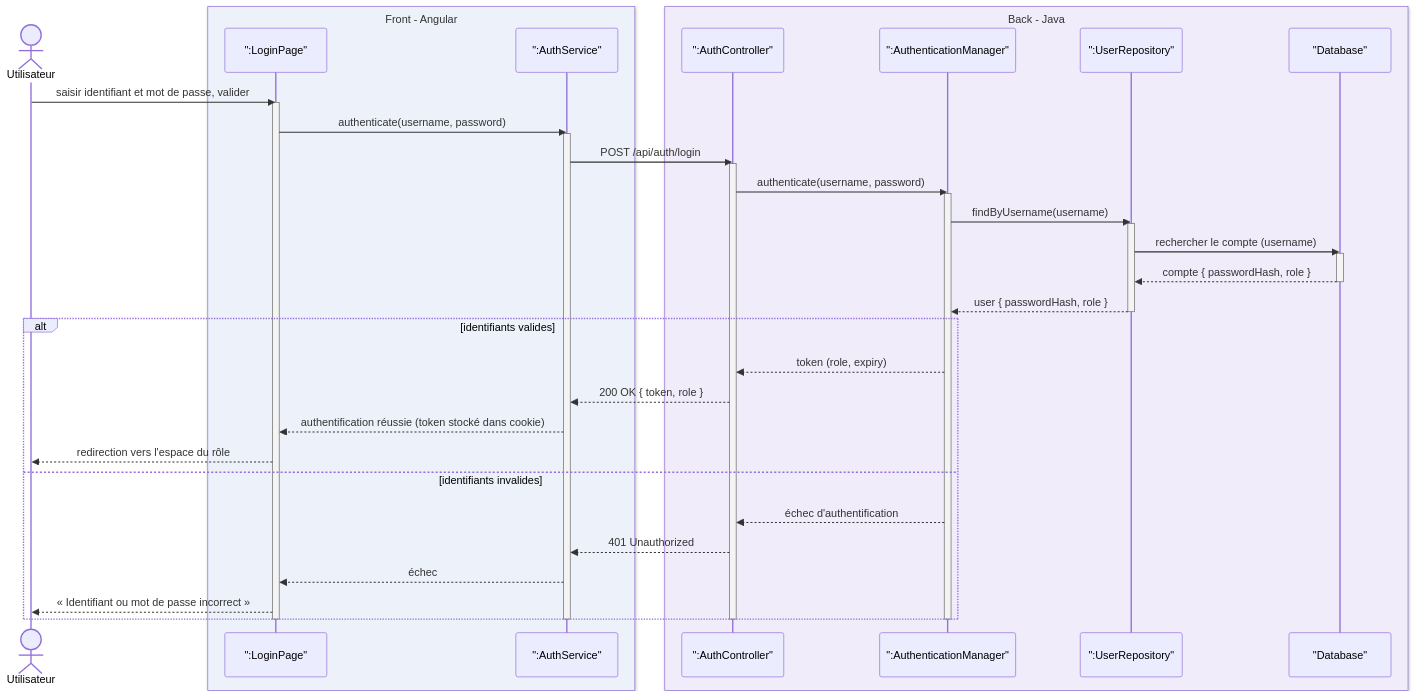
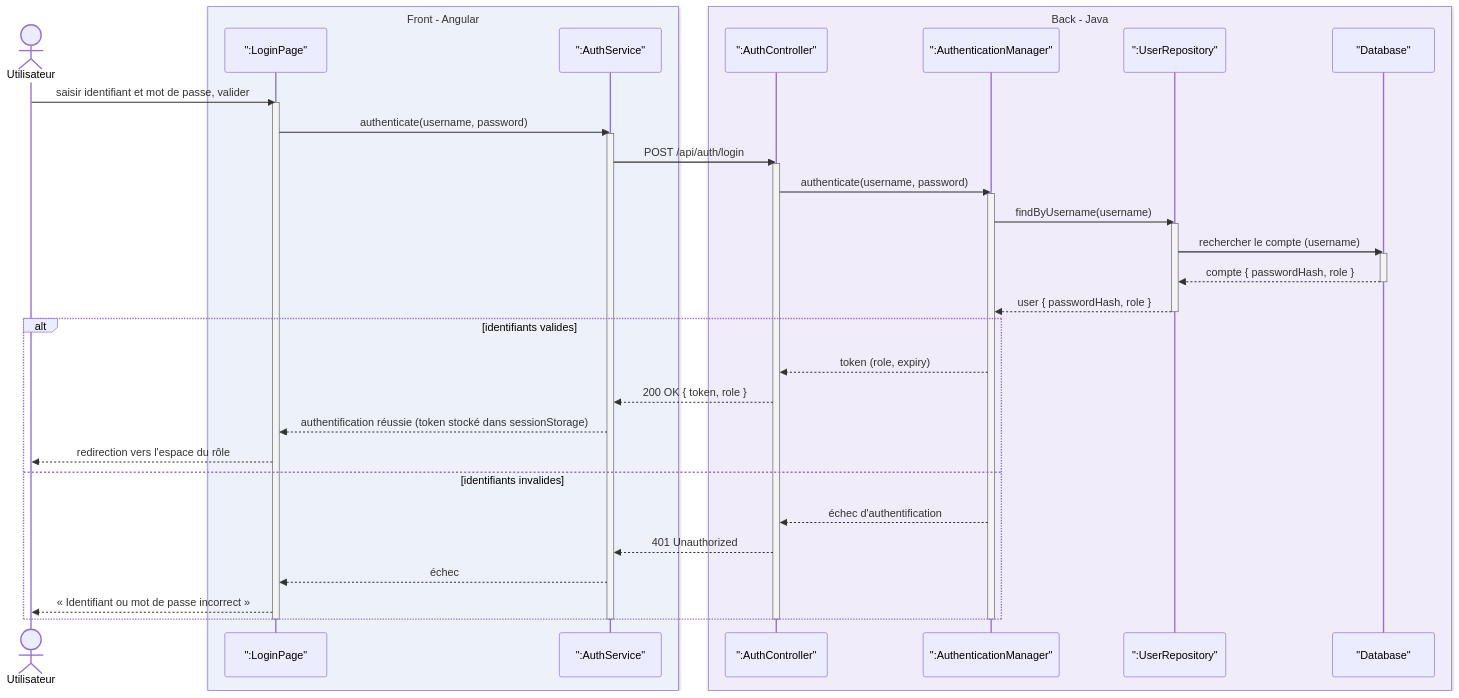
Before and after one commit to formavenir-cda/FormaGest: the diagram in docs/diagrams/sequence-diagram-login.md, drawn with Mermaid. The commit also changed 2 other files, not shown here.

Commit message:
✅ Create authentification test

````diff
--- a/docs/diagrams/sequence-diagram-login.md
+++ b/docs/diagrams/sequence-diagram-login.md
@@ -3,48 +3,48 @@
 ```mermaid
 sequenceDiagram
     actor User as Utilisateur
     box rgb(237,242,250) Front - Angular
     participant LP as ":LoginPage"
     participant AS as ":AuthService"
     end
     box rgb(240,236,250) Back - Java
     participant AC as ":AuthController"
     participant AM as ":AuthenticationManager"
     participant UR as ":UserRepository"
     participant DB as "Database"
     end
 
     User->>LP: saisir identifiant et mot de passe, valider
     activate LP
     LP->>AS: authenticate(username, password)
     activate AS
     AS->>AC: POST /api/auth/login
     activate AC
     AC->>AM: authenticate(username, password)
     activate AM
     AM->>UR: findByUsername(username)
     activate UR
     UR->>DB: rechercher le compte (username)
     activate DB
     DB-->>UR: compte { passwordHash, role }
     deactivate DB
     UR-->>AM: user { passwordHash, role }
     deactivate UR
 
     alt identifiants valides
         AM-->>AC: token (role, expiry)
         AC-->>AS: 200 OK { token, role }
-        AS-->>LP: authentification réussie (token stocké dans cookie)
+        AS-->>LP: authentification réussie (token stocké dans sessionStorage)
         LP-->>User: redirection vers l'espace du rôle
     else identifiants invalides
         AM-->>AC: échec d'authentification
         AC-->>AS: 401 Unauthorized
         AS-->>LP: échec
         LP-->>User: « Identifiant ou mot de passe incorrect »
     end
 
     deactivate AM
     deactivate AC
     deactivate AS
     deactivate LP
 ```
````
